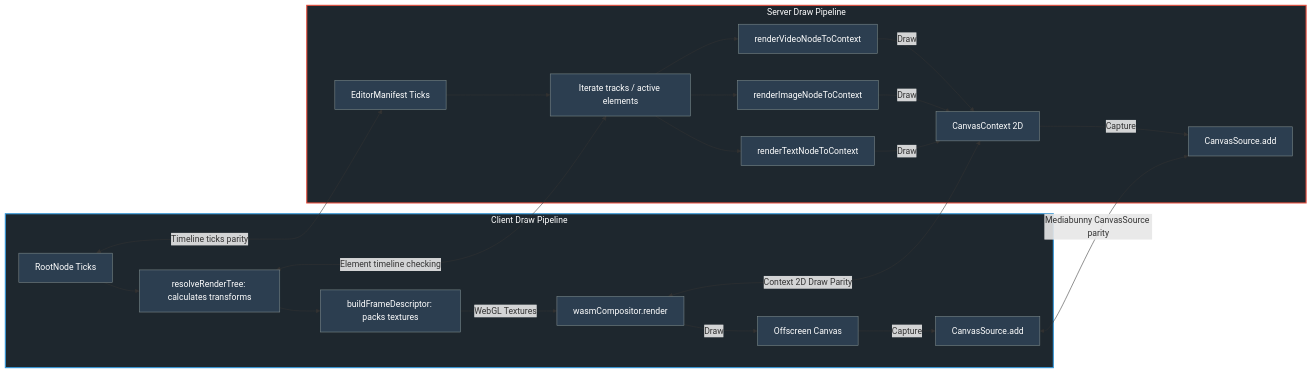
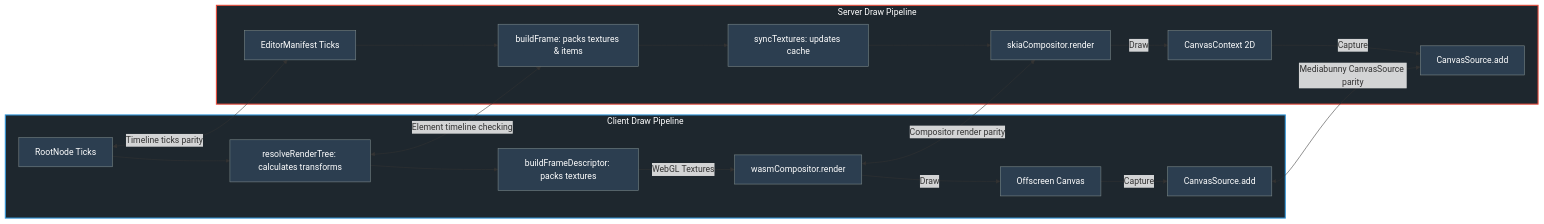
One commit to 2noScript/media-render changed the third of 4 diagrams in docs/render_architecture_plan.md. Above: the diagram before and after it, drawn with Mermaid. The commit also changed other lines of this file and 1 other file, not shown here.

Commit message:
docs: update rendering architecture documentation to reflect move to recursive scene graph building and SkiaCompositor integration

````diff
--- a/docs/render_architecture_plan.md
+++ b/docs/render_architecture_plan.md
@@ -103,33 +103,32 @@
 ```mermaid
 graph LR
     classDef clientGroup fill:#1e272e,stroke:#3498db,stroke-width:2px,color:#fff;
     classDef serverGroup fill:#1e272e,stroke:#e74c3c,stroke-width:2px,color:#fff;
     classDef stepClass fill:#2c3e50,stroke:#7f8c8d,stroke-width:1px,color:#fff;
 
     subgraph ClientFlow ["Client Draw Pipeline"]
         C_In["RootNode Ticks"] --> C_Resolve["resolveRenderTree: calculates transforms"]
         C_Resolve --> C_Buffer["buildFrameDescriptor: packs textures"]
         C_Buffer -->|WebGL Textures| C_Wasm["wasmCompositor.render"]
         C_Wasm -->|Draw| C_HTMLCanvas["Offscreen Canvas"]
         C_HTMLCanvas -->|Capture| C_MVideo["CanvasSource.add"]
     end
 
     subgraph ServerFlow ["Server Draw Pipeline"]
-        S_In["EditorManifest Ticks"] --> S_Loop["Iterate tracks / active elements"]
-        S_Loop --> S_Video["renderVideoNodeToContext"]
-        S_Loop --> S_Image["renderImageNodeToContext"]
-        S_Loop --> S_Text["renderTextNodeToContext"]
-        S_Video & S_Image & S_Text -->|Draw| S_Canvas["CanvasContext 2D"]
+        S_In["EditorManifest Ticks"] --> S_Build["buildFrame: packs textures & items"]
+        S_Build --> S_Sync["syncTextures: updates cache"]
+        S_Sync --> S_Comp["skiaCompositor.render"]
+        S_Comp -->|Draw| S_Canvas["CanvasContext 2D"]
         S_Canvas -->|Capture| S_MVideo["CanvasSource.add"]
     end
 
     C_In <-->|Timeline ticks parity| S_In
-    C_Resolve <-->|Element timeline checking| S_Loop
-    C_Wasm <-->|Context 2D Draw Parity| S_Canvas
+    C_Resolve <-->|Element timeline checking| S_Build
+    C_Wasm <-->|Compositor render parity| S_Comp
     C_MVideo <-->|Mediabunny CanvasSource parity| S_MVideo
 
     class C_In,C_Resolve,C_Buffer,C_Wasm,C_HTMLCanvas,C_MVideo stepClass;
-    class S_In,S_Loop,S_Video,S_Image,S_Text,S_Canvas,S_MVideo stepClass;
+    class S_In,S_Build,S_Sync,S_Comp,S_Canvas,S_MVideo stepClass;
     class ClientFlow clientGroup;
     class ServerFlow serverGroup;
 ```
````
